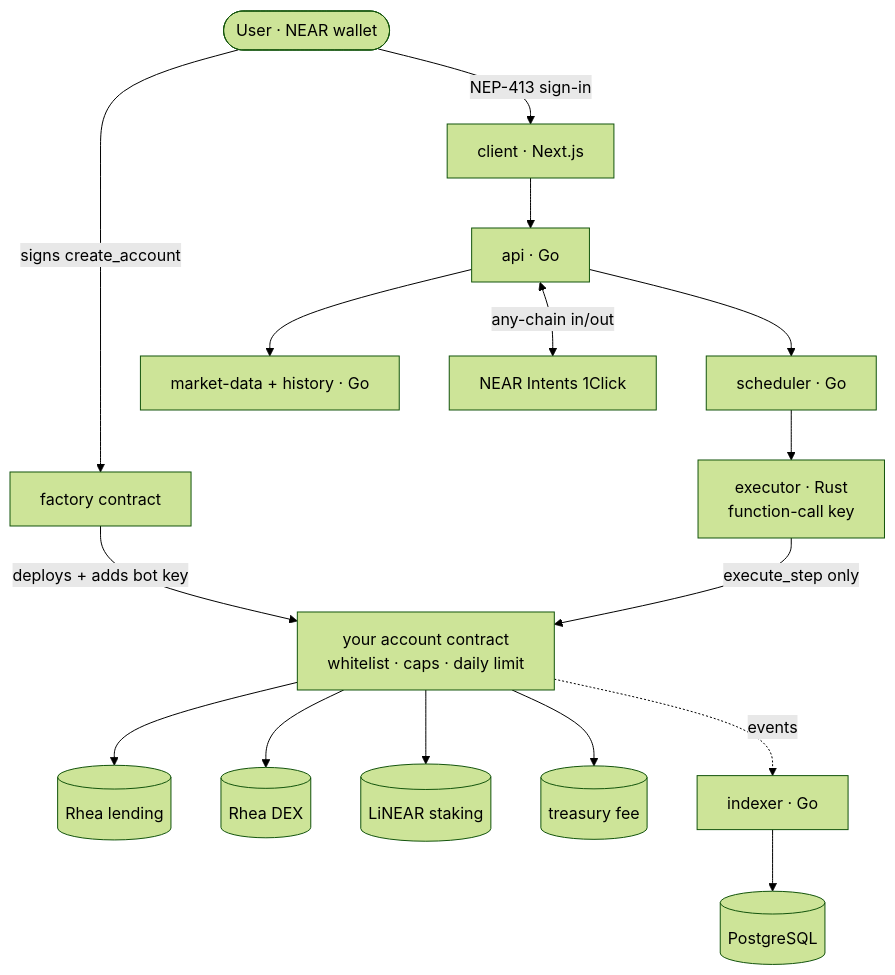
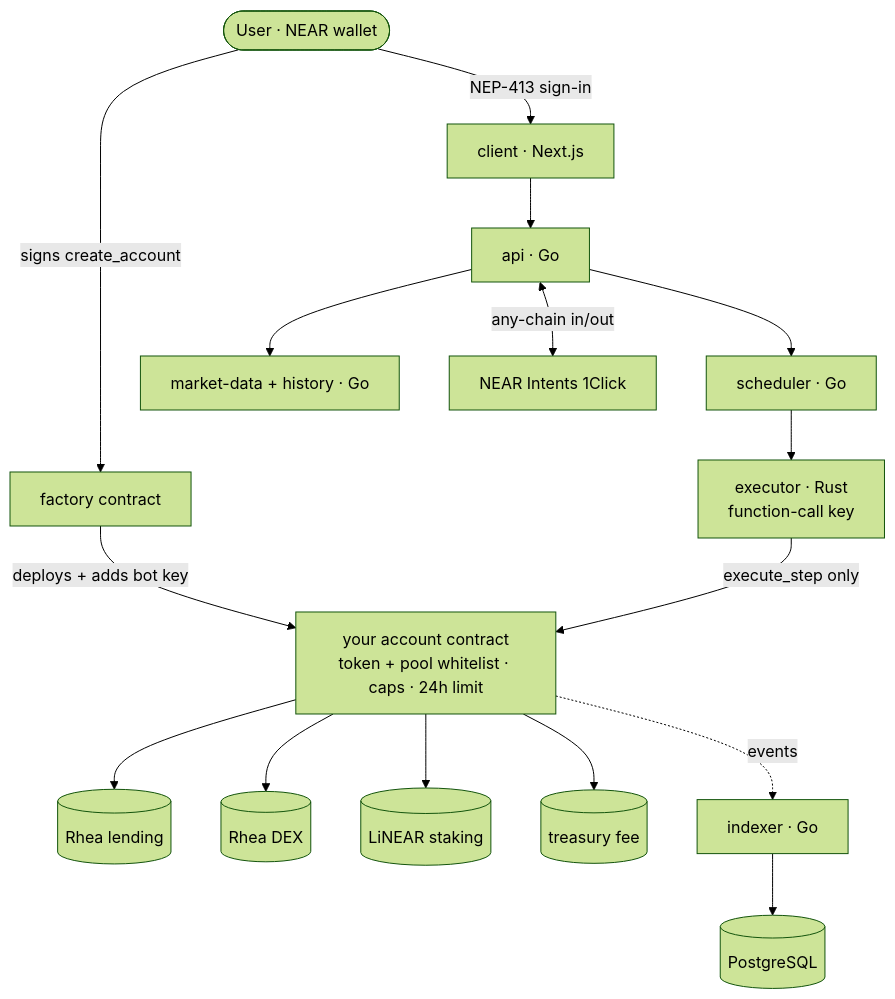
One commit to Debanjannnn/nearly changed the diagram in README.md. Above: the diagram before and after it, drawn with Mermaid (forest theme). The commit also changed other lines of this file and 13 other files, not shown here.

Commit message:
feat(account): pool whitelist, min_out > 0, rolling 24h cap; factory migrate (#65)

````diff
--- a/README.md
+++ b/README.md
@@ -72,19 +73,19 @@
 ```mermaid
 flowchart TD
   U([User · NEAR wallet])
   U -->|NEP-413 sign-in| C[client · Next.js]
   U -->|signs create_account| F[factory contract]
   C --> API[api · Go]
   API --> S[scheduler · Go]
   API --> M[market-data + history · Go]
   API <-->|any-chain in/out| I[NEAR Intents 1Click]
   S --> X[executor · Rust<br/>function-call key]
-  F -->|deploys + adds bot key| A[your account contract<br/>whitelist · caps · daily limit]
+  F -->|deploys + adds bot key| A[your account contract<br/>token + pool whitelist · caps · 24h limit]
   X -->|execute_step only| A
   A --> L[(Rhea lending)]
   A --> D[(Rhea DEX)]
   A --> ST[(LiNEAR staking)]
   A --> T[(treasury fee)]
   A -.->|events| IX[indexer · Go]
   IX --> DB[(PostgreSQL)]
 ```
````
